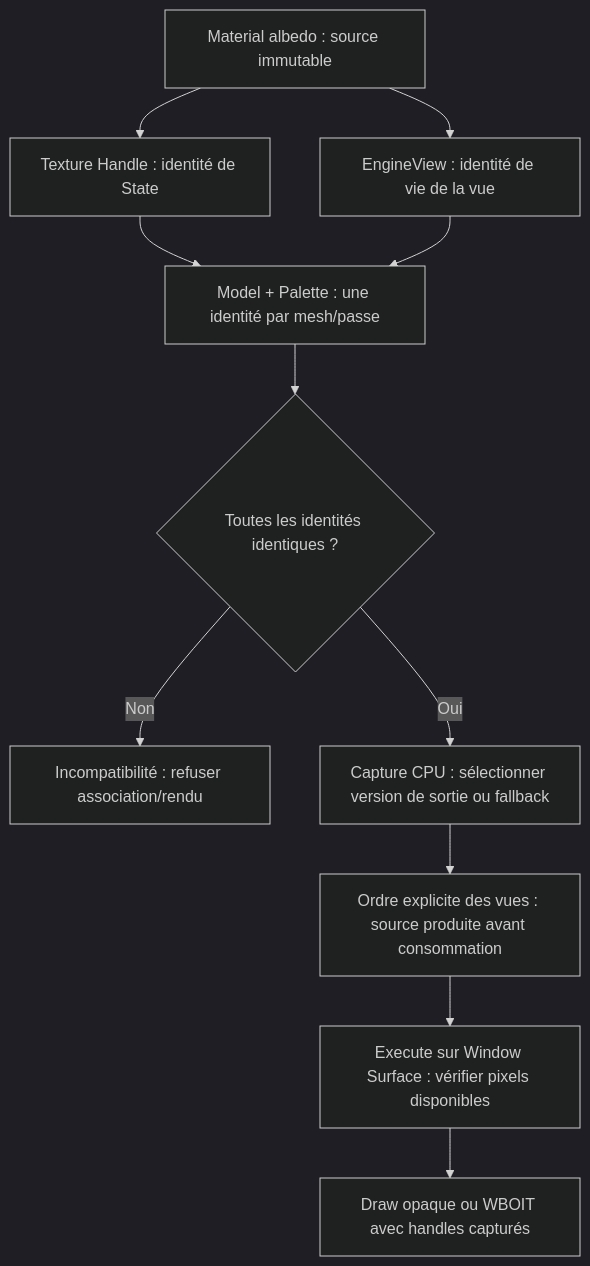
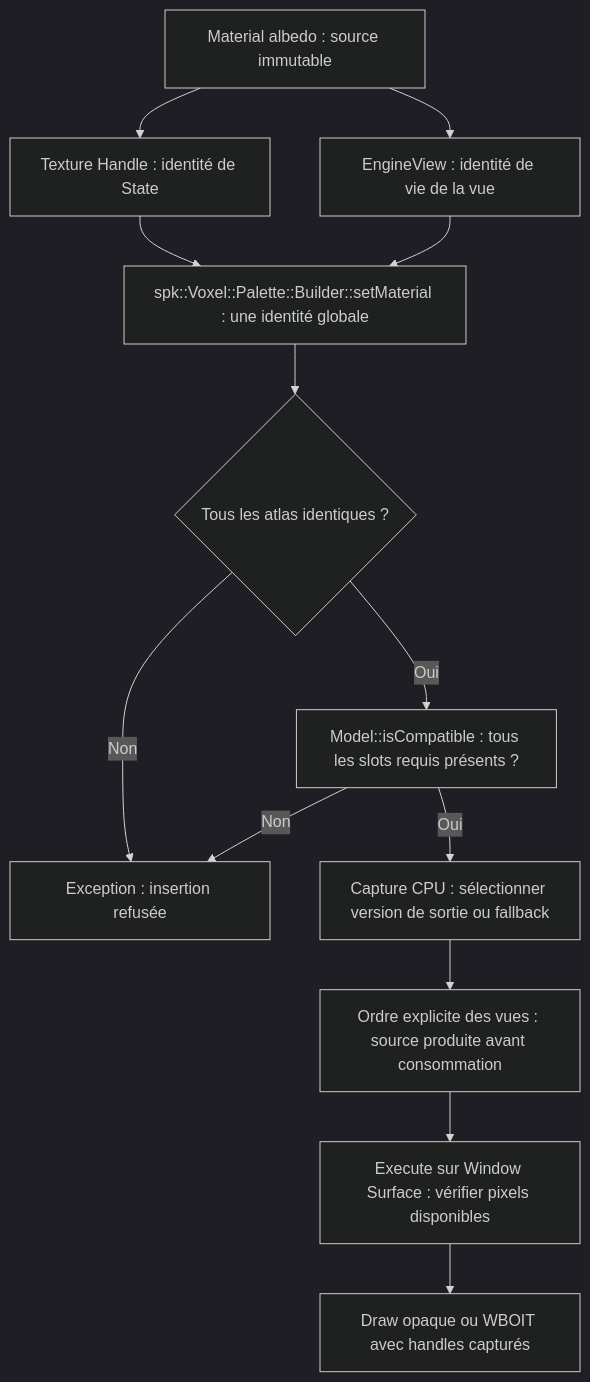
Before and after one commit to EreliaStudio/Sparkle: the third of 3 diagrams in docs/voxel-engine-v0.1.4/04-materiaux-textures-palettes.md, drawn with Mermaid (dark theme). The commit also changed other lines of this file and 16 other files, not shown here.

Commit message:
PR-07 — Palette générique et Builder voxel avec validation (#48)

````diff
--- a/docs/voxel-engine-v0.1.4/04-materiaux-textures-palettes.md
+++ b/docs/voxel-engine-v0.1.4/04-materiaux-textures-palettes.md
@@ -209,13 +248,15 @@
 ```mermaid
 flowchart TD
   Role["Material albedo : source immutable"] --> Static["Texture Handle : identité de State"]
   Role --> View["EngineView : identité de vie de la vue"]
-  Static --> Check["Model + Palette : une identité par mesh/passe"]
+  Static --> Check["spk::Voxel::Palette::Builder::setMaterial : une identité globale"]
   View --> Check
-  Check --> Compatible{"Toutes les identités identiques ?"}
-  Compatible -->|Non| Error["Incompatibilité : refuser association/rendu"]
-  Compatible -->|Oui| Capture["Capture CPU : sélectionner version de sortie ou fallback"]
+  Check --> Compatible{"Tous les atlas identiques ?"}
+  Compatible -->|Non| Error["Exception : insertion refusée"]
+  Compatible -->|Oui| Slots["Model::isCompatible : tous les slots requis présents ?"]
+  Slots -->|Non| Error
+  Slots -->|Oui| Capture["Capture CPU : sélectionner version de sortie ou fallback"]
   Capture --> Order["Ordre explicite des vues : source produite avant consommation"]
   Order --> Surface["Execute sur Window Surface : vérifier pixels disponibles"]
   Surface --> Draw["Draw opaque ou WBOIT avec handles capturés"]
 ```
````
